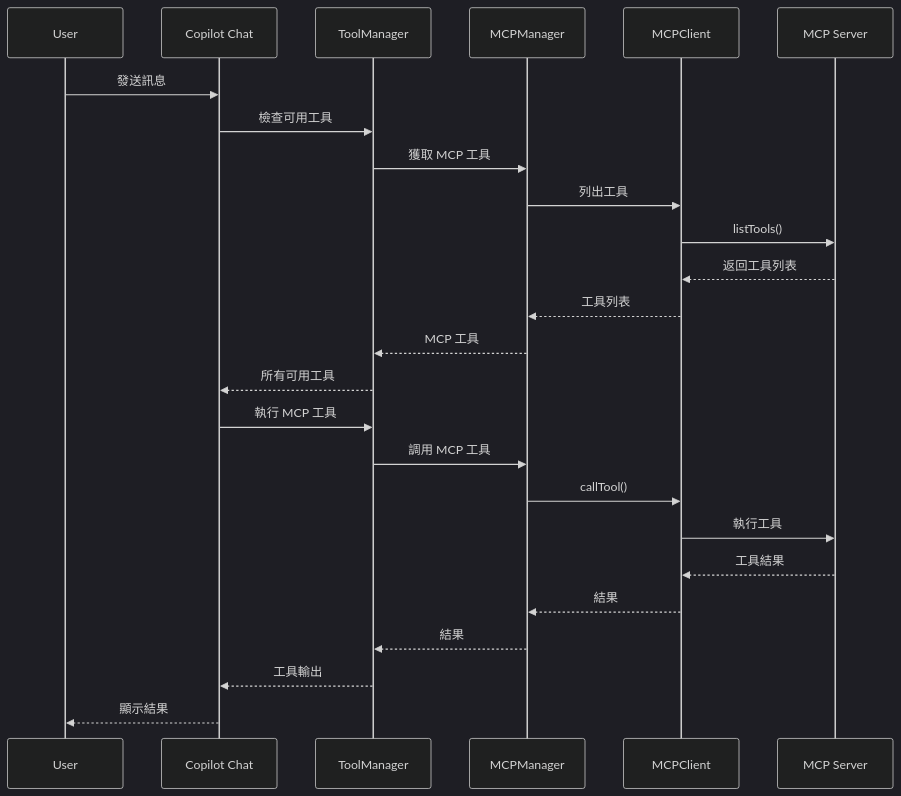
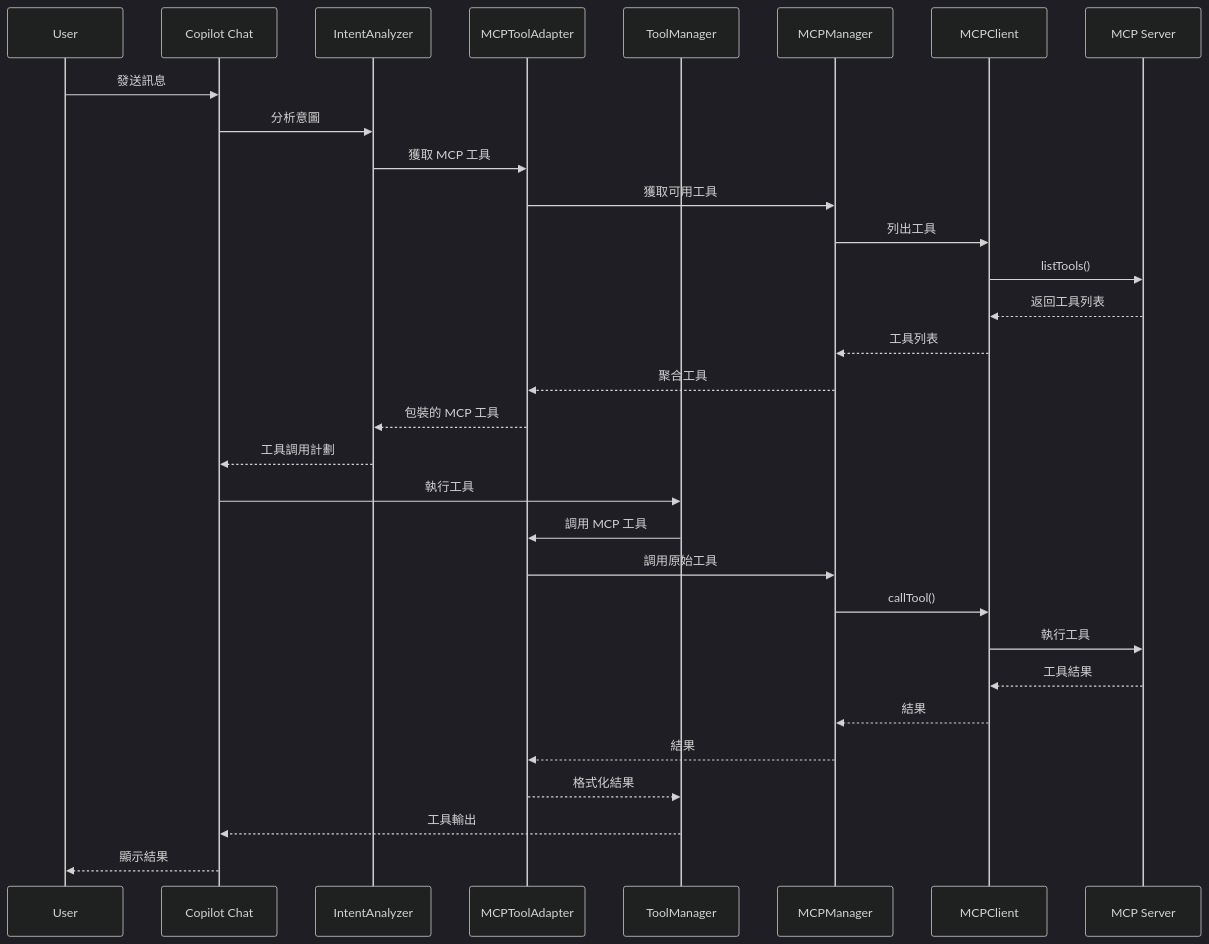
The third of 4 diagrams in projectConfig.md (bluewings1211/obsidian-copilot), drawn with Mermaid (dark theme) before and after one commit. The commit also changed other lines of this file and 3 other files, not shown here.

First line of the commit message:
[Task 5]: MCPToolAdapter 實作 - 建立 MCP 工具適配器，將 MCP 工具整合到現有工具系統

````diff
--- a/projectConfig.md
+++ b/projectConfig.md
@@ -108,29 +108,35 @@
 ```mermaid
 sequenceDiagram
     participant U as User
     participant C as Copilot Chat
+    participant IA as IntentAnalyzer
+    participant TA as MCPToolAdapter
     participant TM as ToolManager
     participant MM as MCPManager
     participant MC as MCPClient
     participant MS as MCP Server
 
     U->>C: 發送訊息
-    C->>TM: 檢查可用工具
-    TM->>MM: 獲取 MCP 工具
+    C->>IA: 分析意圖
+    IA->>TA: 獲取 MCP 工具
+    TA->>MM: 獲取可用工具
     MM->>MC: 列出工具
     MC->>MS: listTools()
     MS-->>MC: 返回工具列表
     MC-->>MM: 工具列表
-    MM-->>TM: MCP 工具
-    TM-->>C: 所有可用工具
+    MM-->>TA: 聚合工具
+    TA-->>IA: 包裝的 MCP 工具
+    IA-->>C: 工具調用計劃
 
-    C->>TM: 執行 MCP 工具
-    TM->>MM: 調用 MCP 工具
+    C->>TM: 執行工具
+    TM->>TA: 調用 MCP 工具
+    TA->>MM: 調用原始工具
     MM->>MC: callTool()
     MC->>MS: 執行工具
     MS-->>MC: 工具結果
     MC-->>MM: 結果
-    MM-->>TM: 結果
+    MM-->>TA: 結果
+    TA-->>TM: 格式化結果
     TM-->>C: 工具輸出
     C-->>U: 顯示結果
 ```
````
